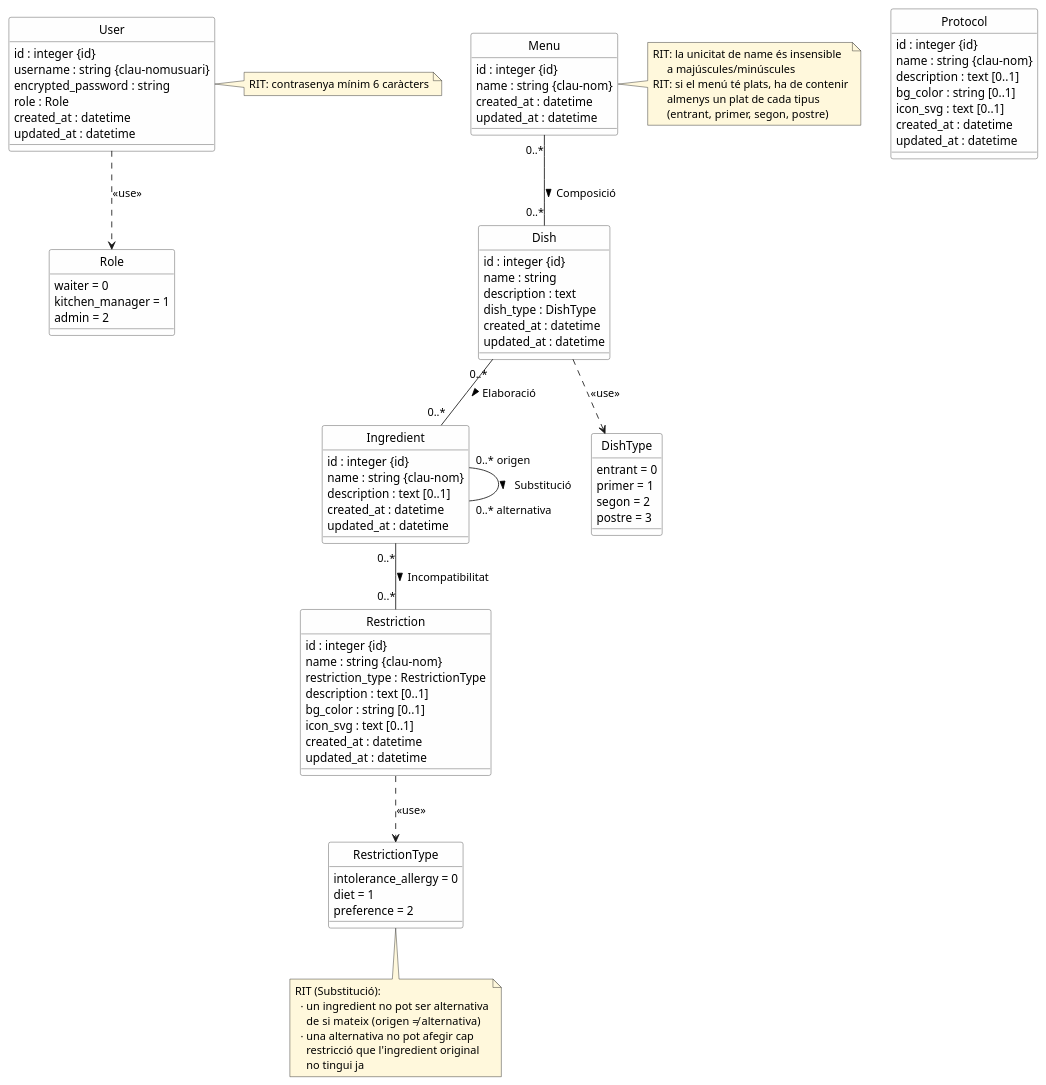
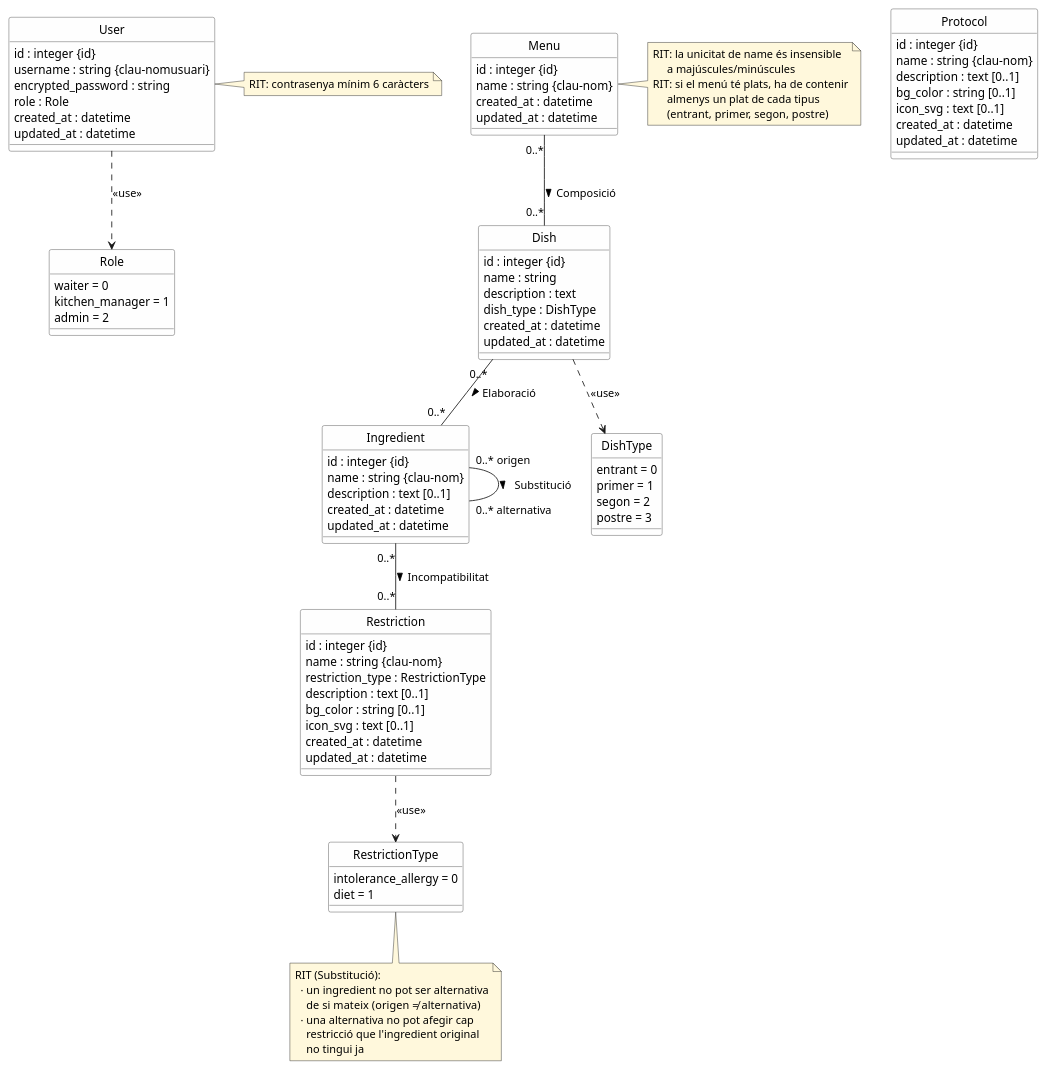
The diagram in doc/uml-class-diagram.puml (Magi-gb/Serf-APP), drawn with PlantUML before and after one commit. The commit also changed 15 other files, not shown here.

First line of the commit message:
Estadístiques: gràfiques, Chart.js i consolidació a 2 tipus de restricció

```diff
--- a/doc/uml-class-diagram.puml
+++ b/doc/uml-class-diagram.puml
@@ -1,138 +1,137 @@
 @startuml Serf - Diagrama de classes
 
 ' Generat a partir de db/schema.rb (versió 2026_05_11_140000)
 ' Convencions:
 '   {id}         -> clau primària (a la dreta del tipus)
 '   {clau-xxx}   -> restricció UNIQUE (a la dreta del tipus)
 '   [0..1]       -> atribut opcional (a la dreta del tipus).
 '                   Tot atribut sense aquesta marca s'assumeix obligatori.
 '   RIT          -> Restricció d'Integritat Textual
 
 skinparam classAttributeIconSize 0
 skinparam classBackgroundColor #FEFEFE
 skinparam classBorderColor #444444
 skinparam noteBackgroundColor #FFF8DC
 hide circle
 
 ' ===========================================================================
 ' ENTITATS
 ' ===========================================================================
 
 class User {
   id : integer {id}
   username : string {clau-nomusuari}
   encrypted_password : string
   role : Role
   created_at : datetime
   updated_at : datetime
 }
 note right of User
   RIT: contrasenya mínim 6 caràcters
 end note
 
 class Menu {
   id : integer {id}
   name : string {clau-nom}
   created_at : datetime
   updated_at : datetime
 }
 note right of Menu
   RIT: la unicitat de name és insensible
        a majúscules/minúscules
   RIT: si el menú té plats, ha de contenir
        almenys un plat de cada tipus
        (entrant, primer, segon, postre)
 end note
 
 class Dish {
   id : integer {id}
   name : string
   description : text
   dish_type : DishType
   created_at : datetime
   updated_at : datetime
 }
 
 class Ingredient {
   id : integer {id}
   name : string {clau-nom}
   description : text [0..1]
   created_at : datetime
   updated_at : datetime
 }
 
 class Restriction {
   id : integer {id}
   name : string {clau-nom}
   restriction_type : RestrictionType
   description : text [0..1]
   bg_color : string [0..1]
   icon_svg : text [0..1]
   created_at : datetime
   updated_at : datetime
 }
 
 class Protocol {
   id : integer {id}
   name : string {clau-nom}
   description : text [0..1]
   bg_color : string [0..1]
   icon_svg : text [0..1]
   created_at : datetime
   updated_at : datetime
 }
 
 ' ===========================================================================
 ' ENUMERACIONS
 ' ===========================================================================
 ' A nivell de BD es desen com enters; aquí es modelen com a tipus
 ' enumerats per fer explícits els valors permesos. La correspondència
 ' enter ↔ símbol és la mateixa que defineixen els `enum` d'ActiveRecord.
 
 enum Role {
   waiter = 0
   kitchen_manager = 1
   admin = 2
 }
 
 enum DishType {
   entrant = 0
   primer = 1
   segon = 2
   postre = 3
 }
 
 enum RestrictionType {
   intolerance_allergy = 0
   diet = 1
-  preference = 2
 }
 
 User ..> Role : << use >>
 Dish ..> DishType : << use >>
 Restriction ..> RestrictionType : << use >>
 
 ' ===========================================================================
 ' ASSOCIACIONS N..N (nom en català + cardinalitats)
 ' ===========================================================================
 
 Menu "0..*" -- "0..*" Dish : Composició >
 
 Dish "0..*" -- "0..*" Ingredient : Elaboració >
 
 Ingredient "0..*" -- "0..*" Restriction : Incompatibilitat >
 
 ' Associació autoreferencial: un ingredient pot ser substituït per
 ' diversos ingredients alternatius, i alhora pot fer d'alternativa
 ' per a molts altres.
 Ingredient "0..* origen" -- "0..* alternativa" Ingredient : Substitució >
 note bottom
   RIT (Substitució):
     · un ingredient no pot ser alternativa
       de si mateix (origen ≠ alternativa)
     · una alternativa no pot afegir cap
       restricció que l'ingredient original
       no tingui ja
 end note
 
 @enduml
```
